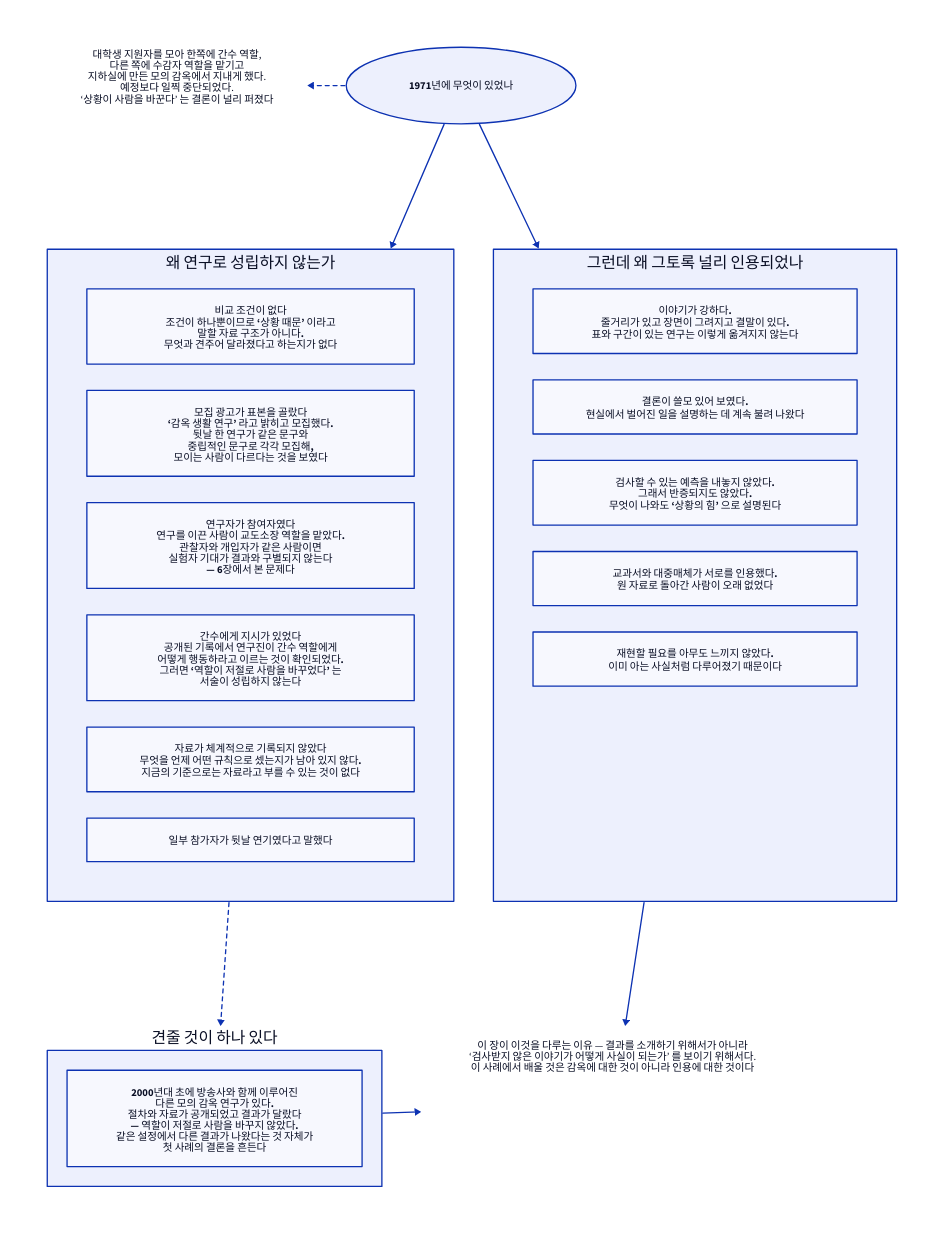
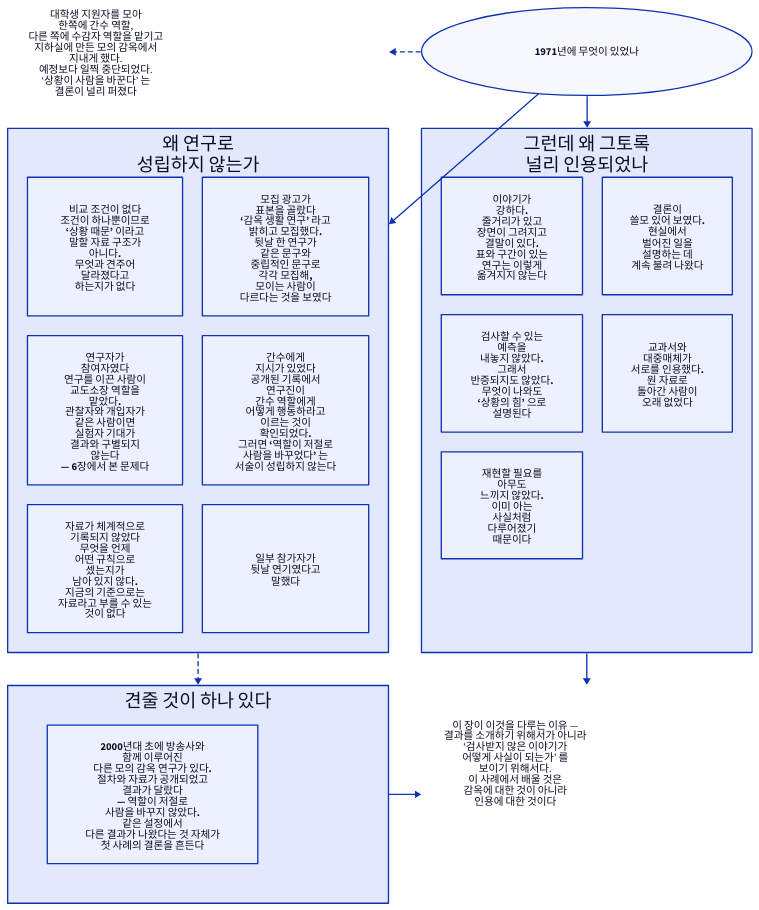
One commit to Dong-gi/Dong-gi.github.io changed the diagram in d2/psychology/psy-s-spe.d2. Above: the diagram before and after it, drawn with D2. The commit also changed 315 other files, not shown here.

```diff
--- a/d2/psychology/psy-s-spe.d2
+++ b/d2/psychology/psy-s-spe.d2
@@ -1,81 +1,67 @@
 # 스탠퍼드 감옥 실험 — 왜 연구가 아니고, 왜 그토록 인용되었는가. 심리학 18장.
 #
 # 무엇을 읽어야 하나: ‘왜 연구로 성립하지 않는가’ 칸은 설계의 문제이고 ‘왜 그토록 널리 인용되었나’ 칸은 그럼에도 널리 퍼진 경로다.
 # 이 그림에서 배울 것은 이 사례의 내용이 아니라 두 번째 물음이다.
 #
-# 배치: 보이지 않는 틀 세 줄(머리 · 몸 · 꼬리)을 위아래로 쌓아 그림이 옆으로 늘어나지 않게 한다.
-direction: down
-grid-columns: 1
-grid-gap: 70
+# 배치: 2칸 × 3줄 격자 — [설명 | 1971년], [성립하지 않는 까닭 | 인용된 까닭], [견줄 것 | 결론].
+# 화살표가 모두 이웃 칸으로만 간다(1971년 → 성립하지 않는 까닭 은 대각선).
+# 2026-11 폭을 줄이려 보이지 않는 틀(머리 · 몸 · 꼬리)을 걷고 한 격자로 합쳤다. 글을 더 접고,
+# 화살표가 없는 두 묶음의 칸을 2칸 격자로 접었다. 결론 글 위의 빈 줄은 견줄 것에서 오는 화살표가
+# 글 가운데로 오게 하려는 것이다(격자 칸의 글은 칸 위쪽에 붙는다).
+grid-rows: 3
+grid-columns: 2
+grid-gap: 50
 
-머리: {
-  label: ""
-  style: { fill: transparent; stroke: transparent }
-  grid-rows: 1
-  grid-columns: 2
-  grid-gap: 60
-  설명: {
-    label: "대학생 지원자를 모아 한쪽에 간수 역할,\n다른 쪽에 수감자 역할을 맡기고\n지하실에 만든 모의 감옥에서 지내게 했다.\n예정보다 일찍 중단되었다.\n‘상황이 사람을 바꾼다’ 는 결론이 널리 퍼졌다"
-    shape: text
-  }
-  무엇: {
-    label: "1971년에 무엇이 있었나"
-    shape: oval
-    style.bold: true
-  }
-  무엇 -> 설명: { style.stroke-dash: 3 }
+설명: {
+  label: "대학생 지원자를 모아\n한쪽에 간수 역할,\n다른 쪽에 수감자 역할을 맡기고\n지하실에 만든 모의 감옥에서\n지내게 했다.\n예정보다 일찍 중단되었다.\n‘상황이 사람을 바꾼다’ 는\n결론이 널리 퍼졌다"
+  shape: text
 }
 
-몸: {
-  label: ""
-  style: { fill: transparent; stroke: transparent }
-  grid-rows: 1
-  grid-columns: 2
-  grid-gap: 60
-
-  성립: {
-    label: "왜 연구로 성립하지 않는가"
-    grid-columns: 1
-    a: { label: "비교 조건이 없다\n조건이 하나뿐이므로 ‘상황 때문’ 이라고\n말할 자료 구조가 아니다.\n무엇과 견주어 달라졌다고 하는지가 없다"; style.bold: true }
-    b: { label: "모집 광고가 표본을 골랐다\n‘감옥 생활 연구’ 라고 밝히고 모집했다.\n뒷날 한 연구가 같은 문구와\n중립적인 문구로 각각 모집해,\n모이는 사람이 다르다는 것을 보였다"; style.bold: true }
-    c: { label: "연구자가 참여자였다\n연구를 이끈 사람이 교도소장 역할을 맡았다.\n관찰자와 개입자가 같은 사람이면\n실험자 기대가 결과와 구별되지 않는다\n— 6장에서 본 문제다"; style.bold: true }
-    d: { label: "간수에게 지시가 있었다\n공개된 기록에서 연구진이 간수 역할에게\n어떻게 행동하라고 이르는 것이 확인되었다.\n그러면 ‘역할이 저절로 사람을 바꾸었다’ 는\n서술이 성립하지 않는다"; style.bold: true }
-    e: { label: "자료가 체계적으로 기록되지 않았다\n무엇을 언제 어떤 규칙으로 셌는지가 남아 있지 않다.\n지금의 기준으로는 자료라고 부를 수 있는 것이 없다"; style.bold: true }
-    f: { label: "일부 참가자가 뒷날 연기였다고 말했다" }
-  }
-
-  인용: {
-    label: "그런데 왜 그토록 널리 인용되었나"
-    grid-columns: 1
-    g1: { label: "이야기가 강하다.\n줄거리가 있고 장면이 그려지고 결말이 있다.\n표와 구간이 있는 연구는 이렇게 옮겨지지 않는다"; style.bold: true }
-    g2: { label: "결론이 쓸모 있어 보였다.\n현실에서 벌어진 일을 설명하는 데 계속 불려 나왔다" }
-    g3: { label: "검사할 수 있는 예측을 내놓지 않았다.\n그래서 반증되지도 않았다.\n무엇이 나와도 ‘상황의 힘’ 으로 설명된다"; style.bold: true }
-    g4: { label: "교과서와 대중매체가 서로를 인용했다.\n원 자료로 돌아간 사람이 오래 없었다"; style.bold: true }
-    g5: { label: "재현할 필요를 아무도 느끼지 않았다.\n이미 아는 사실처럼 다루어졌기 때문이다"; style.bold: true }
-  }
+무엇: {
+  label: "1971년에 무엇이 있었나"
+  shape: oval
+  style.bold: true
 }
 
-머리.무엇 -> 몸.성립
-머리.무엇 -> 몸.인용
+성립: {
+  label: "왜 연구로\n성립하지 않는가"
+  grid-rows: 3
+  grid-columns: 2
+  grid-gap: 30
+  a: { label: "비교 조건이 없다\n조건이 하나뿐이므로\n‘상황 때문’ 이라고\n말할 자료 구조가\n아니다.\n무엇과 견주어\n달라졌다고\n하는지가 없다"; style.bold: true }
+  b: { label: "모집 광고가\n표본을 골랐다\n‘감옥 생활 연구’ 라고\n밝히고 모집했다.\n뒷날 한 연구가\n같은 문구와\n중립적인 문구로\n각각 모집해,\n모이는 사람이\n다르다는 것을 보였다"; style.bold: true }
+  c: { label: "연구자가\n참여자였다\n연구를 이끈 사람이\n교도소장 역할을\n맡았다.\n관찰자와 개입자가\n같은 사람이면\n실험자 기대가\n결과와 구별되지\n않는다\n— 6장에서 본 문제다"; style.bold: true }
+  d: { label: "간수에게\n지시가 있었다\n공개된 기록에서\n연구진이\n간수 역할에게\n어떻게 행동하라고\n이르는 것이\n확인되었다.\n그러면 ‘역할이 저절로\n사람을 바꾸었다’ 는\n서술이 성립하지 않는다"; style.bold: true }
+  e: { label: "자료가 체계적으로\n기록되지 않았다\n무엇을 언제\n어떤 규칙으로\n셌는지가\n남아 있지 않다.\n지금의 기준으로는\n자료라고 부를 수 있는\n것이 없다"; style.bold: true }
+  f: { label: "일부 참가자가\n뒷날 연기였다고\n말했다" }
+}
 
-꼬리: {
-  label: ""
-  style: { fill: transparent; stroke: transparent }
-  grid-rows: 1
+인용: {
+  label: "그런데 왜 그토록\n널리 인용되었나"
+  grid-rows: 3
   grid-columns: 2
-  grid-gap: 60
+  grid-gap: 30
+  g1: { label: "이야기가\n강하다.\n줄거리가 있고\n장면이 그려지고\n결말이 있다.\n표와 구간이 있는\n연구는 이렇게\n옮겨지지 않는다"; style.bold: true }
+  g2: { label: "결론이\n쓸모 있어 보였다.\n현실에서\n벌어진 일을\n설명하는 데\n계속 불려 나왔다" }
+  g3: { label: "검사할 수 있는\n예측을\n내놓지 않았다.\n그래서\n반증되지도 않았다.\n무엇이 나와도\n‘상황의 힘’ 으로\n설명된다"; style.bold: true }
+  g4: { label: "교과서와\n대중매체가\n서로를 인용했다.\n원 자료로\n돌아간 사람이\n오래 없었다"; style.bold: true }
+  g5: { label: "재현할 필요를\n아무도\n느끼지 않았다.\n이미 아는\n사실처럼\n다루어졌기\n때문이다"; style.bold: true }
+}
 
-  대비: {
-    label: "견줄 것이 하나 있다"
-    direction: down
-    h: { label: "2000년대 초에 방송사와 함께 이루어진\n다른 모의 감옥 연구가 있다.\n절차와 자료가 공개되었고 결과가 달랐다\n— 역할이 저절로 사람을 바꾸지 않았다.\n같은 설정에서 다른 결과가 나왔다는 것 자체가\n첫 사례의 결론을 흔든다"; style.bold: true }
-  }
+대비: {
+  label: "견줄 것이 하나 있다"
+  grid-columns: 1
+  h: { label: "2000년대 초에 방송사와\n함께 이루어진\n다른 모의 감옥 연구가 있다.\n절차와 자료가 공개되었고\n결과가 달랐다\n— 역할이 저절로\n사람을 바꾸지 않았다.\n같은 설정에서\n다른 결과가 나왔다는 것 자체가\n첫 사례의 결론을 흔든다"; style.bold: true }
+}
 
-  결론: {
-    label: "　\n이 장이 이것을 다루는 이유 — 결과를 소개하기 위해서가 아니라\n‘검사받지 않은 이야기가 어떻게 사실이 되는가’ 를 보이기 위해서다.\n이 사례에서 배울 것은 감옥에 대한 것이 아니라 인용에 대한 것이다"
-    shape: text
-  }
-  대비 -> 결론
+결론: {
+  label: "　\n　\n　\n이 장이 이것을 다루는 이유 —\n결과를 소개하기 위해서가 아니라\n‘검사받지 않은 이야기가\n어떻게 사실이 되는가’ 를\n보이기 위해서다.\n이 사례에서 배울 것은\n감옥에 대한 것이 아니라\n인용에 대한 것이다"
+  shape: text
 }
-몸.성립 -> 꼬리.대비: { style.stroke-dash: 3 }
-몸.인용 -> 꼬리.결론
+
+무엇 -> 설명: { style.stroke-dash: 3 }
+무엇 -> 성립
+무엇 -> 인용
+성립 -> 대비: { style.stroke-dash: 3 }
+인용 -> 결론
+대비 -> 결론
```
